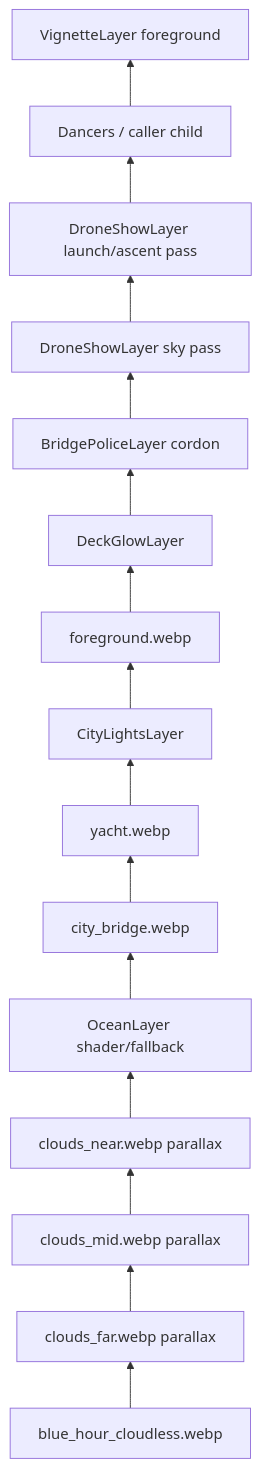
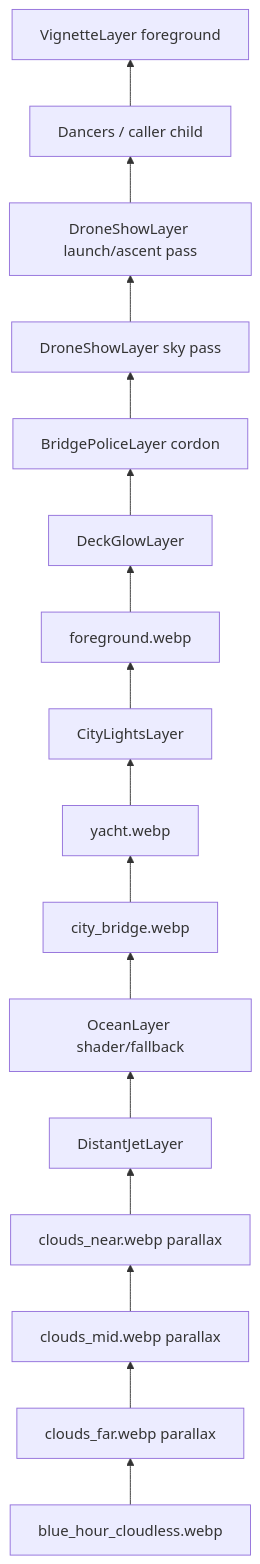
The second of 4 diagrams in lib/features/scenery/README.md (matthiasn/lotti), drawn with Mermaid before and after one commit. The commit also changed other lines of this file and 26 other files, not shown here.

````diff
--- a/lib/features/scenery/README.md
+++ b/lib/features/scenery/README.md
@@ -48,20 +48,21 @@
 ```mermaid
 flowchart BT
   child[Dancers / caller child]
   vignette[VignetteLayer foreground]
   glow[DeckGlowLayer]
   fg[foreground.webp]
   lights[CityLightsLayer]
   police[BridgePoliceLayer cordon]
   launchDrones[DroneShowLayer launch/ascent pass]
   skyDrones[DroneShowLayer sky pass]
   yacht[yacht.webp]
   city[city_bridge.webp]
   ocean[OceanLayer shader/fallback]
+  jet[DistantJetLayer]
   near[clouds_near.webp parallax]
   mid[clouds_mid.webp parallax]
   far[clouds_far.webp parallax]
   base[blue_hour_cloudless.webp]
 
-  base --> far --> mid --> near --> ocean --> city --> yacht --> lights --> fg --> glow --> police --> skyDrones --> launchDrones --> child --> vignette
+  base --> far --> mid --> near --> jet --> ocean --> city --> yacht --> lights --> fg --> glow --> police --> skyDrones --> launchDrones --> child --> vignette
 ```
````
